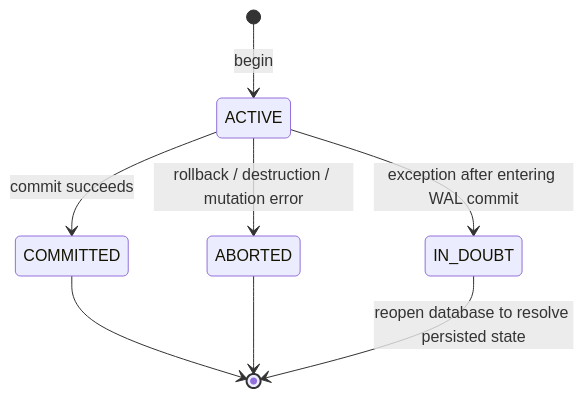
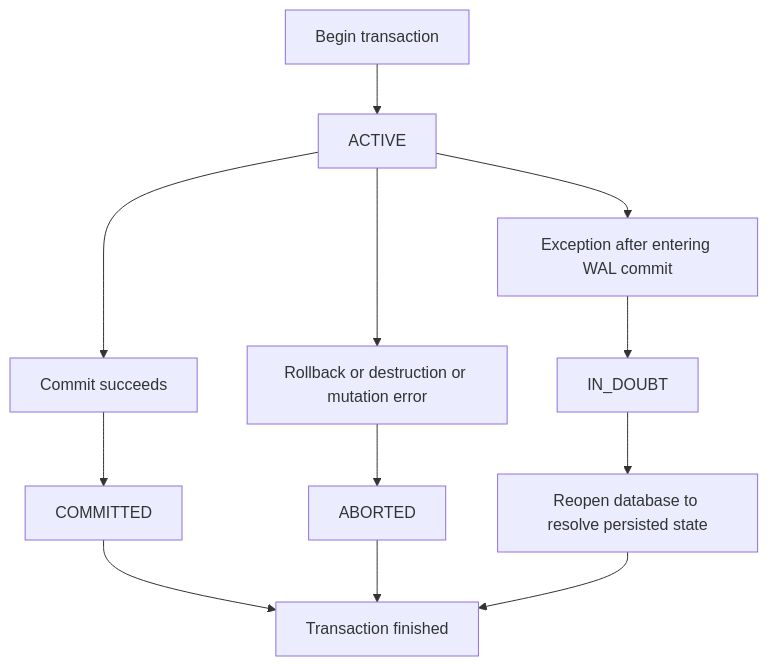
Before and after one commit to JakubOdyssey/AtlasDB: the diagram in docs/transactions.md, drawn with Mermaid. The commit also changed 4 other files, not shown here.

Commit message:
Simplify Mermaid diagrams for GitHub rendering

````diff
--- a/docs/transactions.md
+++ b/docs/transactions.md
@@ -9,10 +9,24 @@
 ```mermaid
-stateDiagram-v2
-    [*] --> ACTIVE: begin
-    ACTIVE --> COMMITTED: commit succeeds
-    ACTIVE --> ABORTED: rollback / destruction / mutation error
-    ACTIVE --> IN_DOUBT: exception after entering WAL commit
-    COMMITTED --> [*]
-    ABORTED --> [*]
-    IN_DOUBT --> [*]: reopen database to resolve persisted state
+flowchart TD
+    A["Begin transaction"]
+    B["ACTIVE"]
+    C["Commit succeeds"]
+    D["COMMITTED"]
+    E["Rollback or destruction or mutation error"]
+    F["ABORTED"]
+    G["Exception after entering WAL commit"]
+    H["IN_DOUBT"]
+    I["Reopen database to resolve persisted state"]
+    J["Transaction finished"]
+    A --> B
+    B --> C
+    C --> D
+    D --> J
+    B --> E
+    E --> F
+    F --> J
+    B --> G
+    G --> H
+    H --> I
+    I --> J
 ```
````
